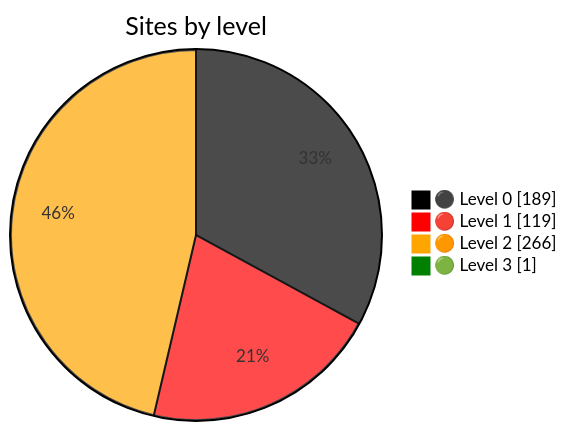
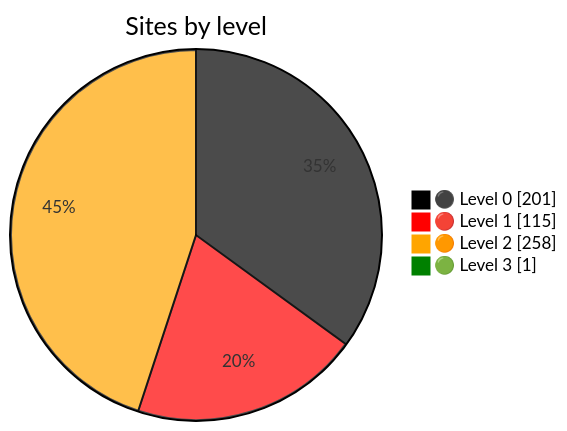
One commit to nuuuwan/gov_lk_web_auditor changed the diagram in README.md. Above: the diagram before and after it, drawn with Mermaid. The commit also changed other lines of this file and 2659 other files, not shown here.

````diff
--- a/README.md
+++ b/README.md
@@ -24,9 +24,9 @@
 ```mermaid
 %%{init: {"themeVariables":{"pie1":"black","pie2":"red","pie3":"orange","pie4":"green"}}}%%
 pie showData
     title Sites by level
-    "⚫ Level 0" : 189
-    "🔴 Level 1" : 119
-    "🟠 Level 2" : 266
+    "⚫ Level 0" : 201
+    "🔴 Level 1" : 115
+    "🟠 Level 2" : 258
     "🟢 Level 3" : 1
 ```
````
